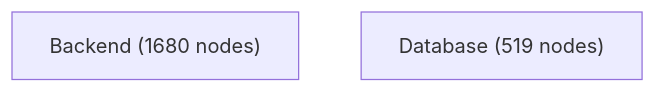
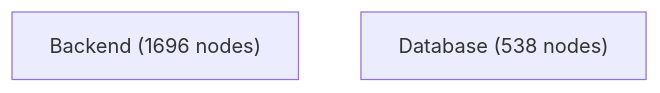
One commit to jankneumann/agentic-coding-tools changed the first of 4 diagrams in docs/architecture-analysis/architecture.report.md. Above: the diagram before and after it, drawn with Mermaid. The commit also changed other lines of this file and 12 other files, not shown here.

First line of the commit message:
chore(architecture): refresh committed analysis after retain-static-model merge

````diff
--- a/docs/architecture-analysis/architecture.report.md
+++ b/docs/architecture-analysis/architecture.report.md
@@ -541,5 +530,5 @@
 ```mermaid
 flowchart TB
-    Backend["Backend (1680 nodes)"]
-    Database["Database (519 nodes)"]
+    Backend["Backend (1696 nodes)"]
+    Database["Database (538 nodes)"]
 ```
````
